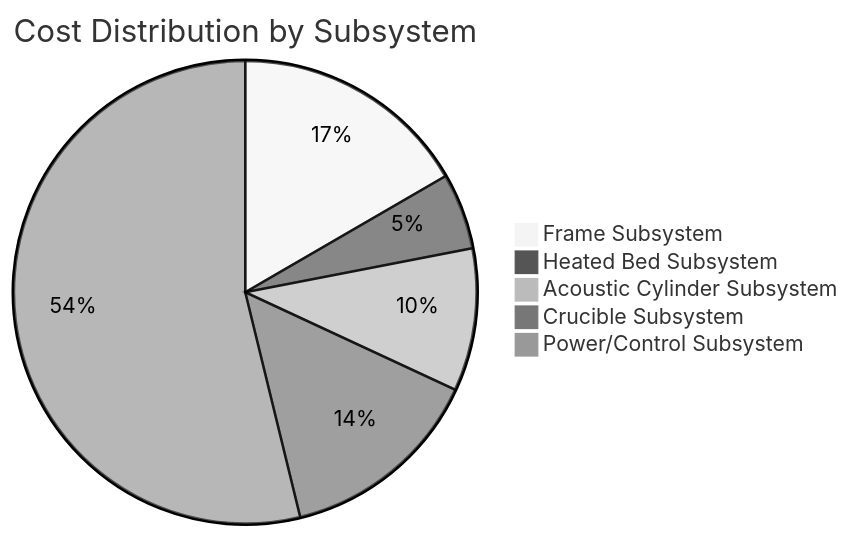
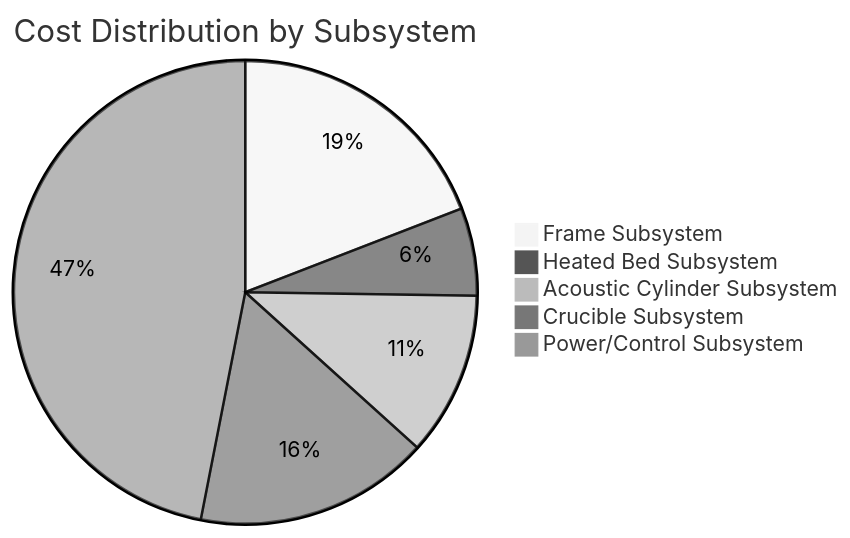
The first of 2 diagrams in docs/dashboard.md (jnarwell/drip), drawn with Mermaid (neutral theme) before and after one commit. The commit also changed other lines of this file and 11 other files, not shown here.

````diff
--- a/docs/dashboard.md
+++ b/docs/dashboard.md
@@ -48,8 +48,8 @@
 ```mermaid
 pie title Cost Distribution by Subsystem
     "Frame Subsystem" : 4240
     "Heated Bed Subsystem" : 1356
     "Acoustic Cylinder Subsystem" : 2540
     "Crucible Subsystem" : 3634
-    "Power/Control Subsystem" : 13715
+    "Power/Control Subsystem" : 10405
 ```
````
